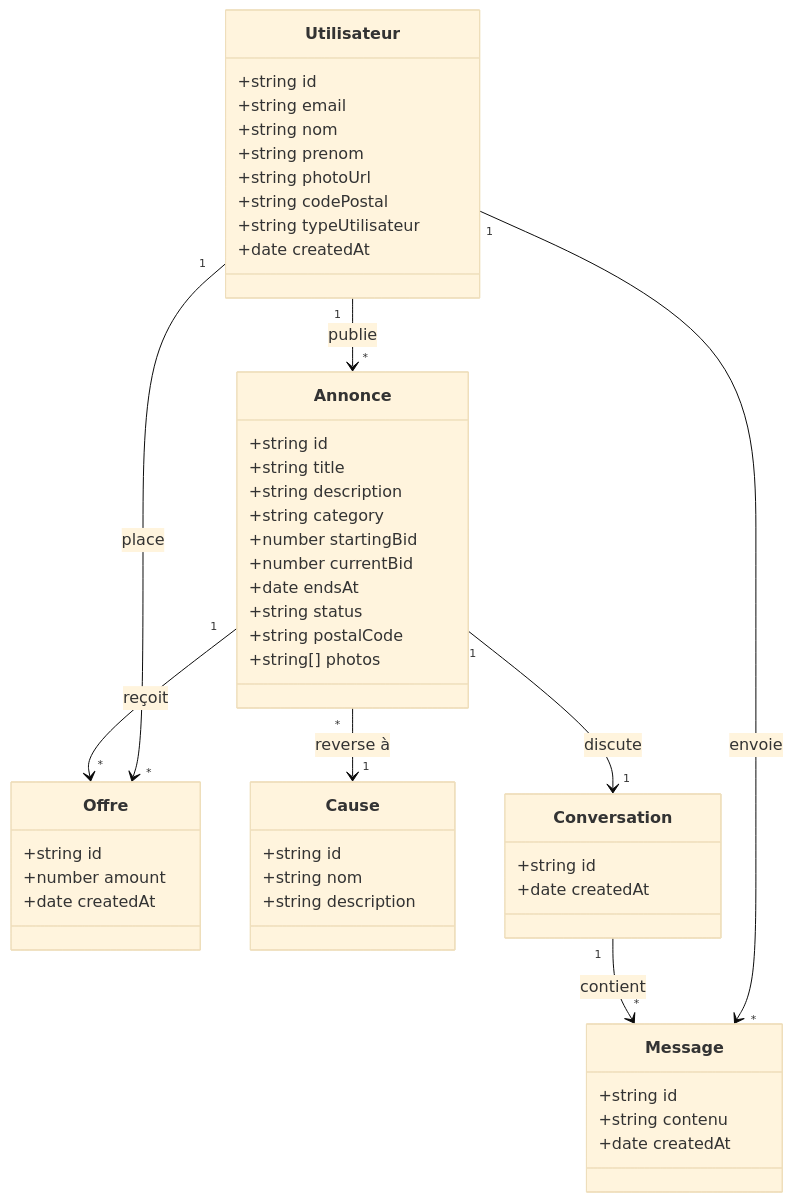
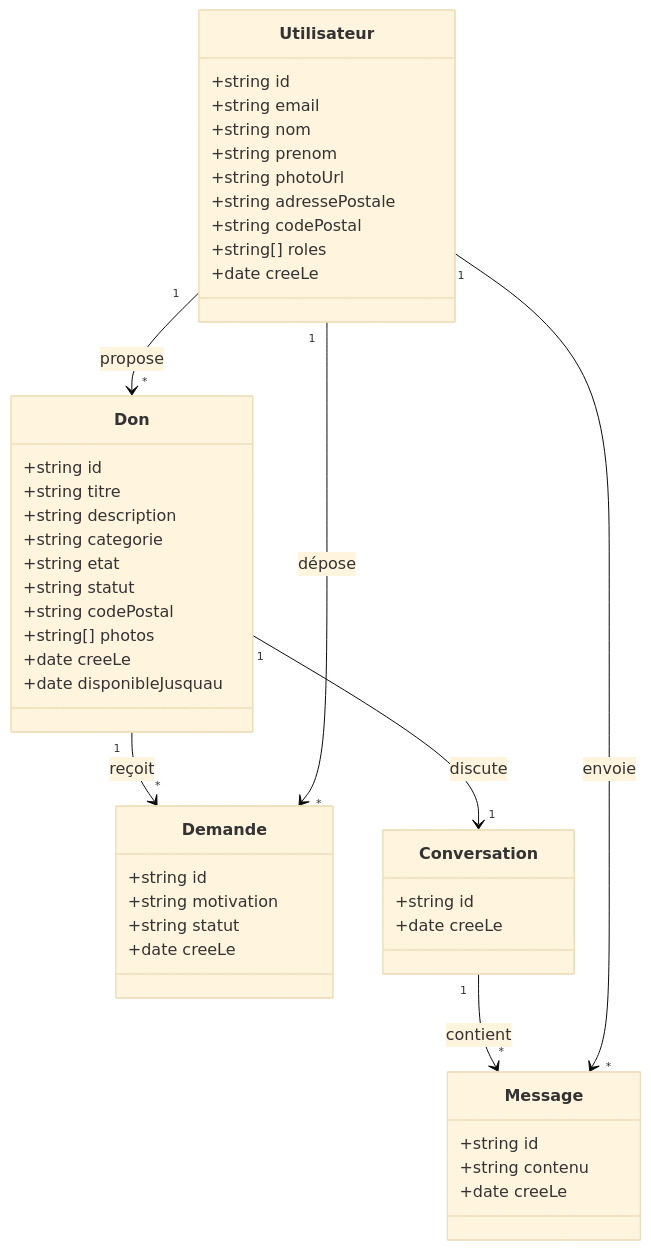
Before and after one commit to GuillaumeLorel/m2gdp-g6-don: the diagram in specs/data-model.md, drawn with Mermaid (base theme). The commit also changed other lines of this file and 9 other files, not shown here.

````diff
--- a/specs/data-model.md
+++ b/specs/data-model.md
@@ -5,57 +17,52 @@
 ```mermaid
 classDiagram
     class Utilisateur {
         +string id
         +string email
         +string nom
         +string prenom
         +string photoUrl
+        +string adressePostale
         +string codePostal
-        +string typeUtilisateur
-        +date createdAt
+        +string[] roles
+        +date creeLe
     }
 
-    class Annonce {
+    class Don {
         +string id
-        +string title
+        +string titre
         +string description
-        +string category
-        +number startingBid
-        +number currentBid
-        +date endsAt
-        +string status
-        +string postalCode
+        +string categorie
+        +string etat
+        +string statut
+        +string codePostal
         +string[] photos
+        +date creeLe
+        +date disponibleJusquau
     }
 
-    class Offre {
+    class Demande {
         +string id
-        +number amount
-        +date createdAt
-    }
-
-    class Cause {
-        +string id
-        +string nom
-        +string description
+        +string motivation
+        +string statut
+        +date creeLe
     }
 
     class Conversation {
         +string id
-        +date createdAt
+        +date creeLe
     }
 
     class Message {
         +string id
         +string contenu
-        +date createdAt
+        +date creeLe
     }
 
-    Utilisateur "1" --> "*" Annonce : publie
-    Annonce "1" --> "*" Offre : reçoit
-    Utilisateur "1" --> "*" Offre : place
-    Annonce "*" --> "1" Cause : reverse à
-    Annonce "1" --> "1" Conversation : discute
+    Utilisateur "1" --> "*" Don : propose
+    Don "1" --> "*" Demande : reçoit
+    Utilisateur "1" --> "*" Demande : dépose
+    Don "1" --> "1" Conversation : discute
     Conversation "1" --> "*" Message : contient
     Utilisateur "1" --> "*" Message : envoie
 ```
````
